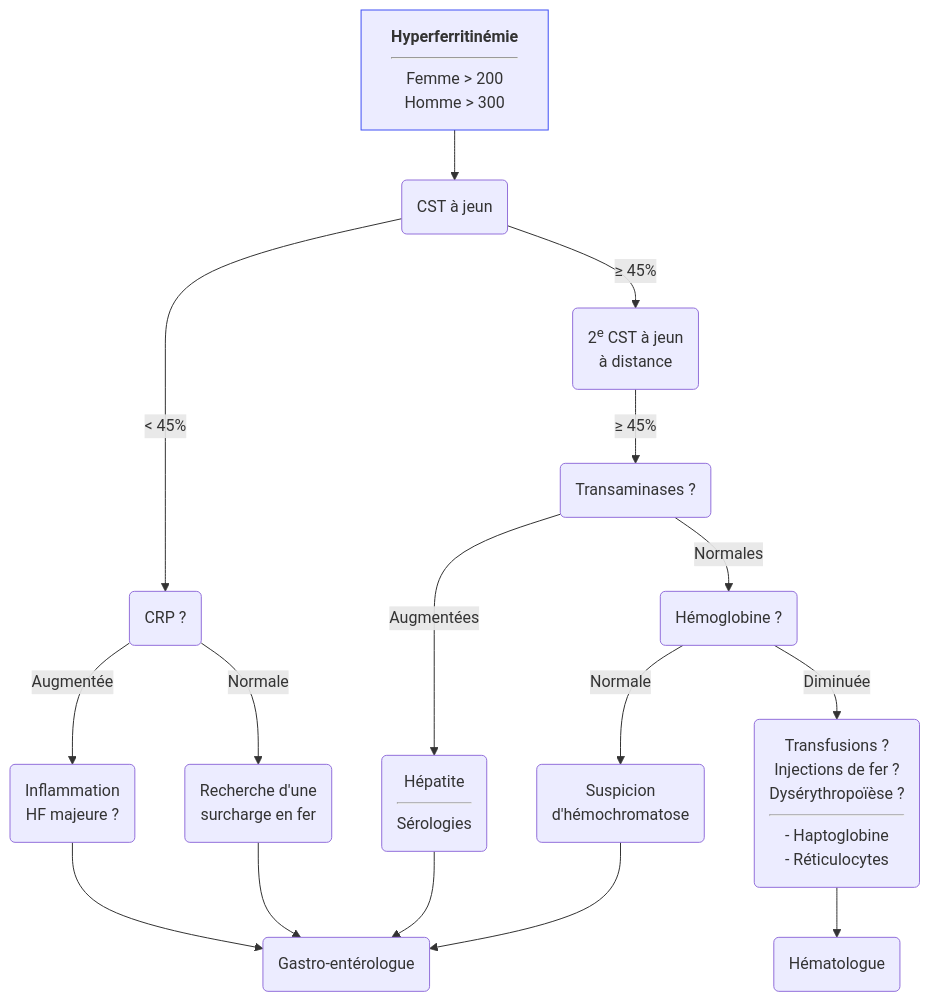
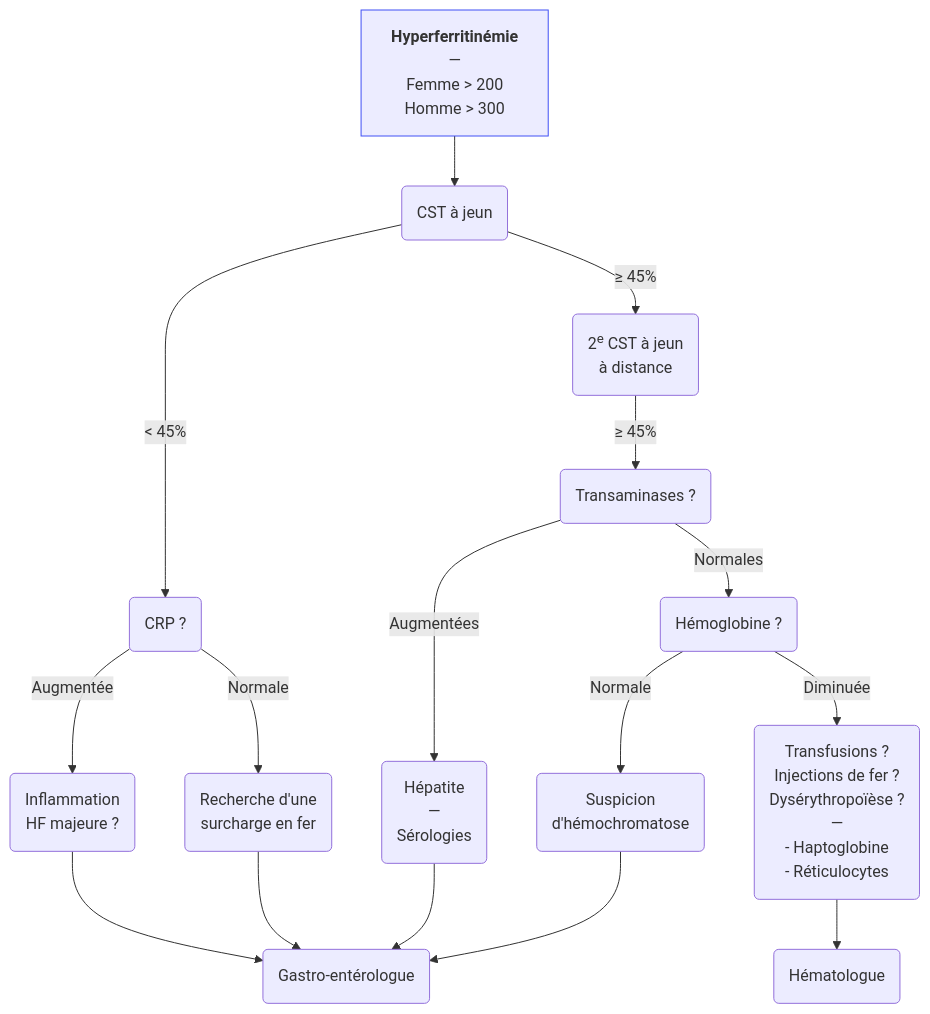
Before and after one commit to djibe/recommandations-medicales: the diagram in content/recommandations/hyperferritinemie.md, drawn with Mermaid. The commit also changed 51 other files, not shown here.

```diff
--- a/content/recommandations/hyperferritinemie.md
+++ b/content/recommandations/hyperferritinemie.md
@@ -205,19 +205,19 @@
 {{< mermaid title="Prise en charge diagnostique d'une hyperferritinémie. Dr JB Fron d'après SNFGE 2019" >}}
 graph TB
 accTitle: Prise en charge diagnostique d'une hyperferritinémie d'après SNFGE 2019
-  HF["<b>Hyperferritinémie</b><hr>Femme &gt; 200<br>Homme &gt; 300"] --> CST(CST à jeun)
+  HF["<b>Hyperferritinémie</b><br>—<br>Femme &gt; 200<br>Homme &gt; 300"] --> CST(CST à jeun)
   style HF stroke:#4150f5, stroke-width:1px
     CST -- "&lt; 45%" --> CRP(CRP ?)
       CRP -- Augmentée --> inflam(Inflammation<br>HF majeure ?)
         inflam --> gastro(Gastro-entérologue)
       CRP -- Normale --> surcharge(Recherche d'une<br>surcharge en fer)
         surcharge --> gastro
     CST -- "≥ 45%" --> CST2("2<sup>e</sup> CST à jeun<br>à distance") -- "≥ 45%" --> transa(Transaminases ?)
-      transa -- Augmentées --> hepatite(Hépatite<hr>Sérologies)
+      transa -- Augmentées --> hepatite(Hépatite<br>—<br>Sérologies)
         hepatite --> gastro
       transa -- Normales --> Hb(Hémoglobine ?)
         Hb -- Normale --> HFE(Suspicion<br>d'hémochromatose)
           HFE --> gastro
-        Hb -- Diminuée --> anemie("Transfusions ?<br>Injections de fer ?<br>Dysérythropoïèse ?<hr>- Haptoglobine<br>- Réticulocytes")
+        Hb -- Diminuée --> anemie("Transfusions ?<br>Injections de fer ?<br>Dysérythropoïèse ?<br>—<br>- Haptoglobine<br>- Réticulocytes")
           anemie --> hemato(Hématologue)
 {{< /mermaid >}}
```
